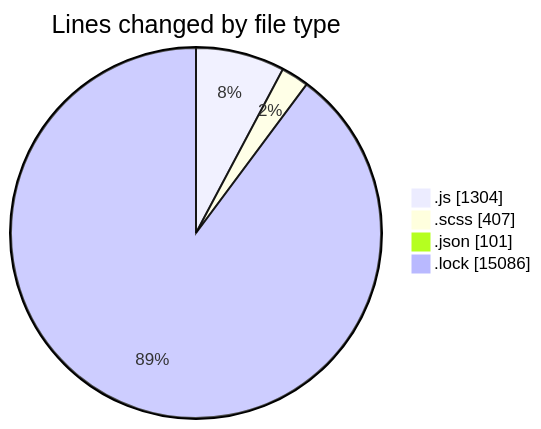
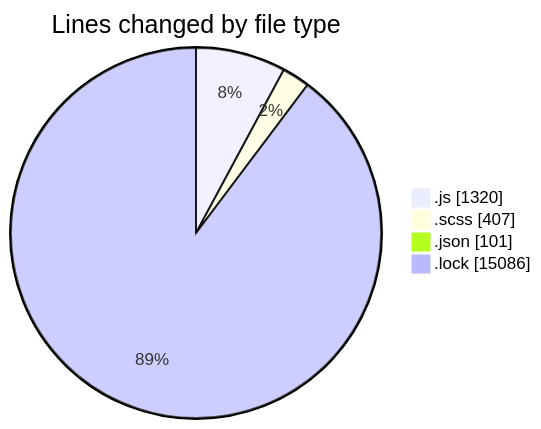
Before and after one commit to momahboobian/code-tracking: the first of 2 diagrams in 2026-01-05/cda/README.md, drawn with Mermaid. The commit also changed other lines of this file and 1 other file, not shown here.

````diff
--- a/2026-01-05/cda/README.md
+++ b/2026-01-05/cda/README.md
@@ -35,8 +35,8 @@
 ```mermaid
 pie showData
 title Lines changed by file type
-".js" : 1304
+".js" : 1320
 ".scss" : 407
 ".json" : 101
 ".lock" : 15086
 ```
````
